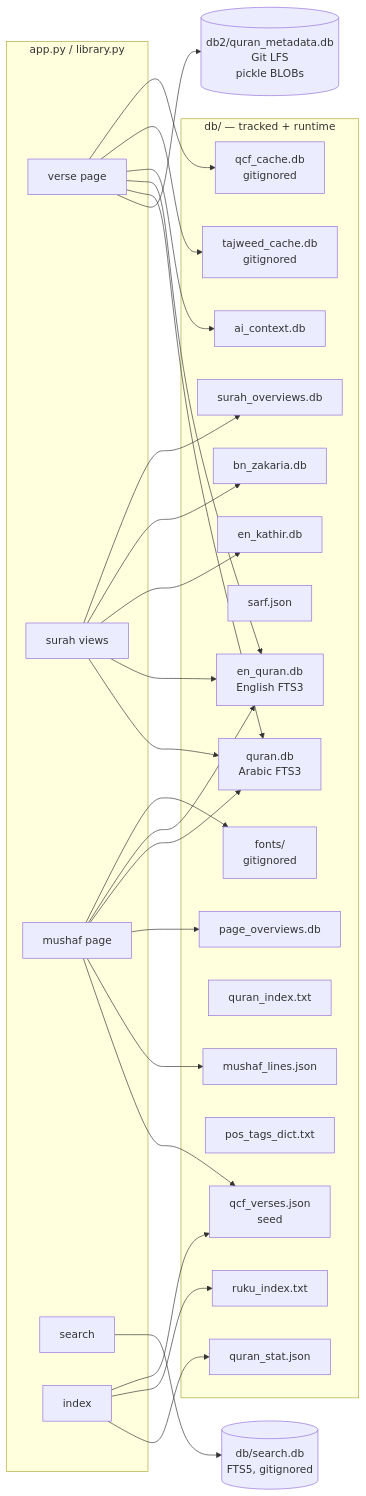
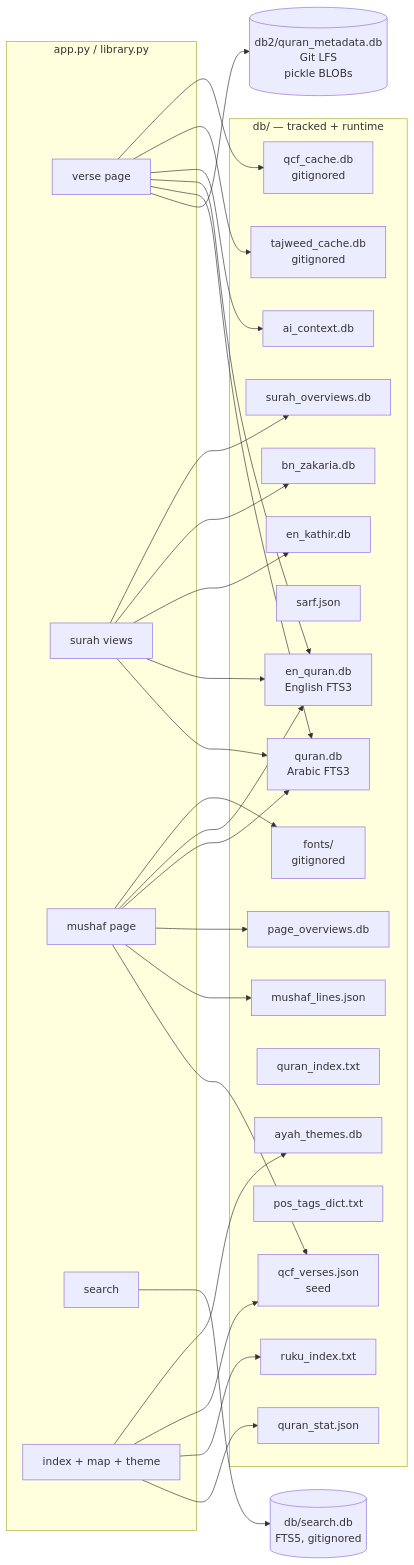
The eighth of 16 diagrams in ARCHITECTURE.md (OnixHoque/aayatun), drawn with Mermaid before and after one commit. The commit also changed other lines of this file, not shown here.

First line of the commit message:
Rewrite ARCHITECTURE.md as a modular operations manual

````diff
--- a/ARCHITECTURE.md
+++ b/ARCHITECTURE.md
@@ -619,55 +734,57 @@
 ```mermaid
 flowchart LR
     subgraph App["app.py / library.py"]
         R1["verse page"]
         R2["surah views"]
         R3["mushaf page"]
         R4["search"]
-        R5["index"]
+        R5["index + map + theme"]
     end
 
     subgraph DB["db/ — tracked + runtime"]
         Q["quran.db<br/>Arabic FTS3"]
         E["en_quran.db<br/>English FTS3"]
         K["en_kathir.db"]
         B["bn_zakaria.db"]
         AI["ai_context.db"]
         ST["quran_stat.json"]
         SARF["sarf.json"]
         QV["qcf_verses.json<br/>seed"]
         ML["mushaf_lines.json"]
         PO["page_overviews.db"]
         SO["surah_overviews.db"]
+        AT["ayah_themes.db"]
         QI["quran_index.txt"]
         RI["ruku_index.txt"]
         PT["pos_tags_dict.txt"]
         TC["tajweed_cache.db<br/>gitignored"]
         QC["qcf_cache.db<br/>gitignored"]
         FN["fonts/<br/>gitignored"]
     end
 
     D2[("db2/quran_metadata.db<br/>Git LFS<br/>pickle BLOBs")]
     D3[("db/search.db<br/>FTS5, gitignored")]
 
     R1 --> D2
     R1 --> Q
     R1 --> E
     R1 --> AI
     R1 --> TC
     R1 --> QC
     R2 --> Q
     R2 --> E
     R2 --> K
     R2 --> B
     R2 --> SO
     R3 --> QV
     R3 --> ML
     R3 --> PO
     R3 --> Q
     R3 --> E
     R3 --> FN
     R4 --> D3
     R5 --> ST
     R5 --> RI
     R5 --> QV
+    R5 --> AT
 ```
````
